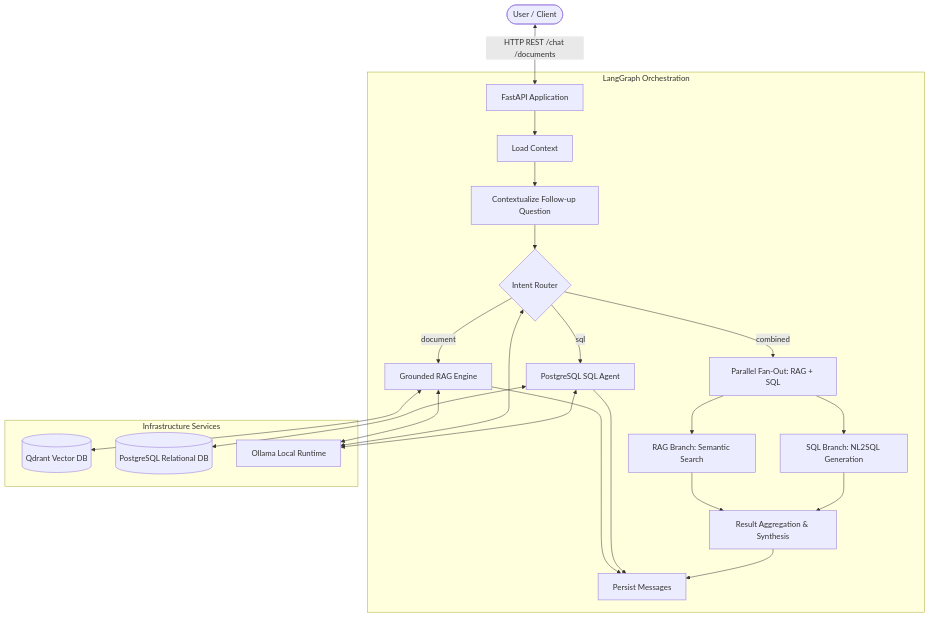
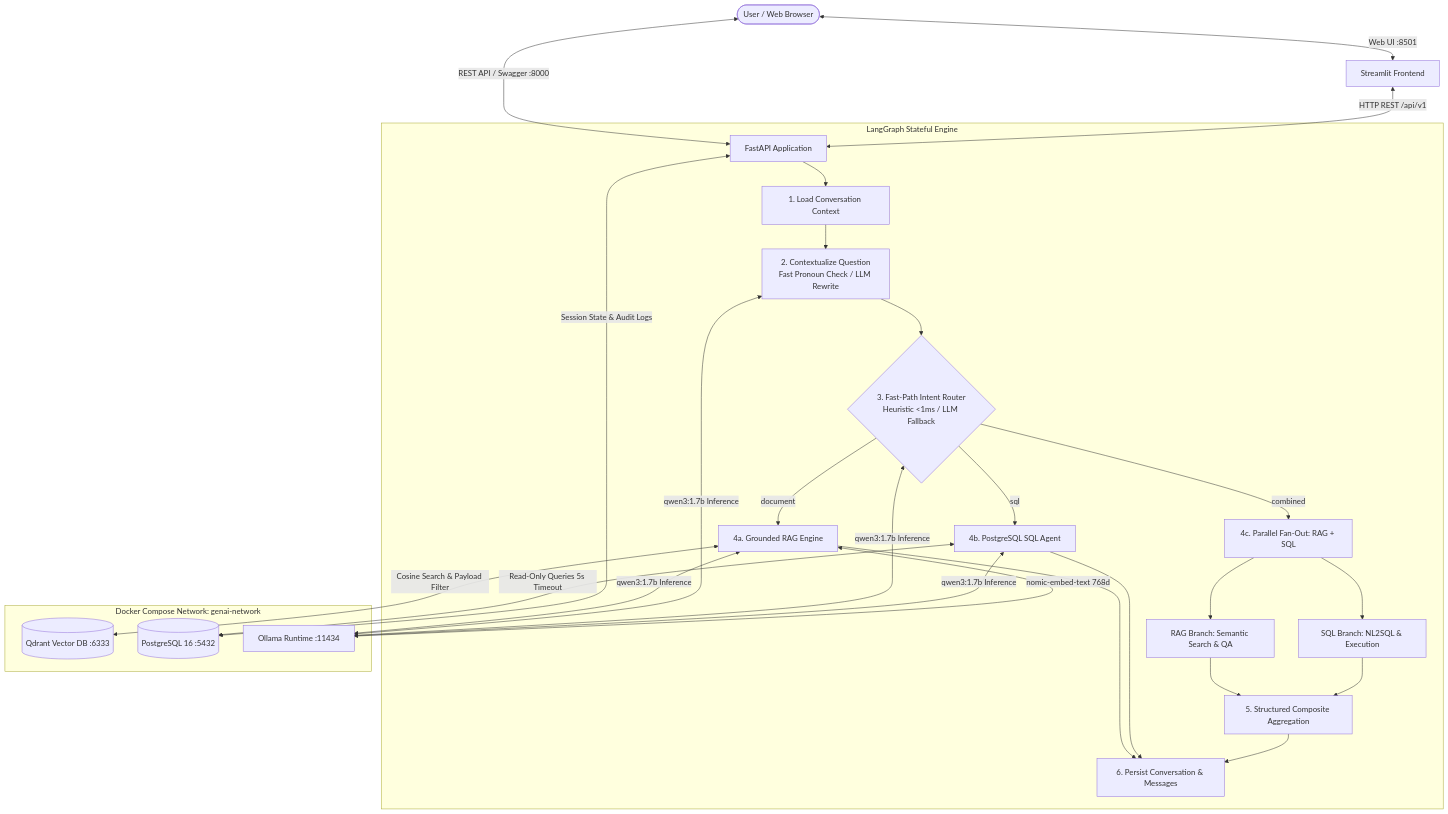
Before and after one commit to anandmindfire/Local-GenAI-Data-Assistant: the diagram in README.md, drawn with Mermaid. The commit also changed other lines of this file and 3 other files, not shown here.

Commit message:
docs: add Streamlit UI and FastAPI Swagger documentation with updated architecture diagrams

````diff
--- a/README.md
+++ b/README.md
@@ -16,30 +16,34 @@
 ```mermaid
 flowchart TD
-    User([User / Client]) <-->|HTTP REST /chat /documents| API[FastAPI Application]
+    User([User / Web Browser]) <-->|Web UI :8501| Streamlit[Streamlit Frontend]
+    User <-->|REST API / Swagger :8000| FastAPI[FastAPI Application]
+    Streamlit <-->|HTTP REST /api/v1| FastAPI
 
-    subgraph LangGraph Orchestration
-        API --> LoadCtx[Load Context]
-        LoadCtx --> Contextualize[Contextualize Follow-up Question]
-        Contextualize --> Router{Intent Router}
+    subgraph LangGraph Orchestration [LangGraph Stateful Engine]
+        FastAPI --> LoadCtx[1. Load Conversation Context]
+        LoadCtx --> Contextualize[2. Contextualize Question<br/>Fast Pronoun Check / LLM Rewrite]
+        Contextualize --> Router{3. Fast-Path Intent Router<br/>Heuristic &lt;1ms / LLM Fallback}
 
-        Router -->|document| RAG[Grounded RAG Engine]
-        Router -->|sql| SQL[PostgreSQL SQL Agent]
-        Router -->|combined| Parallel[Parallel Fan-Out: RAG + SQL]
+        Router -->|document| RAG[4a. Grounded RAG Engine]
+        Router -->|sql| SQL[4b. PostgreSQL SQL Agent]
+        Router -->|combined| Parallel[4c. Parallel Fan-Out: RAG + SQL]
 
-        Parallel --> RAG_Branch[RAG Branch: Semantic Search]
-        Parallel --> SQL_Branch[SQL Branch: NL2SQL Generation]
+        Parallel --> RAG_Branch[RAG Branch: Semantic Search &amp; QA]
+        Parallel --> SQL_Branch[SQL Branch: NL2SQL &amp; Execution]
 
-        RAG_Branch --> Aggregate[Result Aggregation & Synthesis]
+        RAG_Branch --> Aggregate[5. Structured Composite Aggregation]
         SQL_Branch --> Aggregate
 
-        RAG --> Persist[Persist Messages]
+        RAG --> Persist[6. Persist Conversation &amp; Messages]
         SQL --> Persist
         Aggregate --> Persist
     end
 
-    subgraph Infrastructure Services
-        RAG <--> Qdrant[(Qdrant Vector DB)]
-        SQL <--> PG[(PostgreSQL Relational DB)]
-        RAG & Router & SQL <--> Ollama[Ollama Local Runtime]
+    subgraph Local Infrastructure [Docker Compose Network: genai-network]
+        RAG <-->|Cosine Search &amp; Payload Filter| Qdrant[(Qdrant Vector DB :6333)]
+        SQL <-->|Read-Only Queries 5s Timeout| PG[(PostgreSQL 16 :5432)]
+        FastAPI <-->|Session State &amp; Audit Logs| PG
+        RAG & Contextualize & Router & SQL <-->|qwen3:1.7b Inference| Ollama[Ollama Runtime :11434]
+        RAG <-->|nomic-embed-text 768d| Ollama
     end
 ```
````
